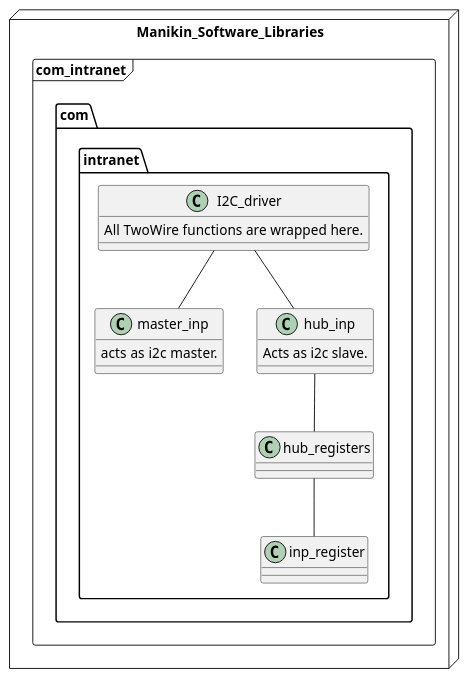
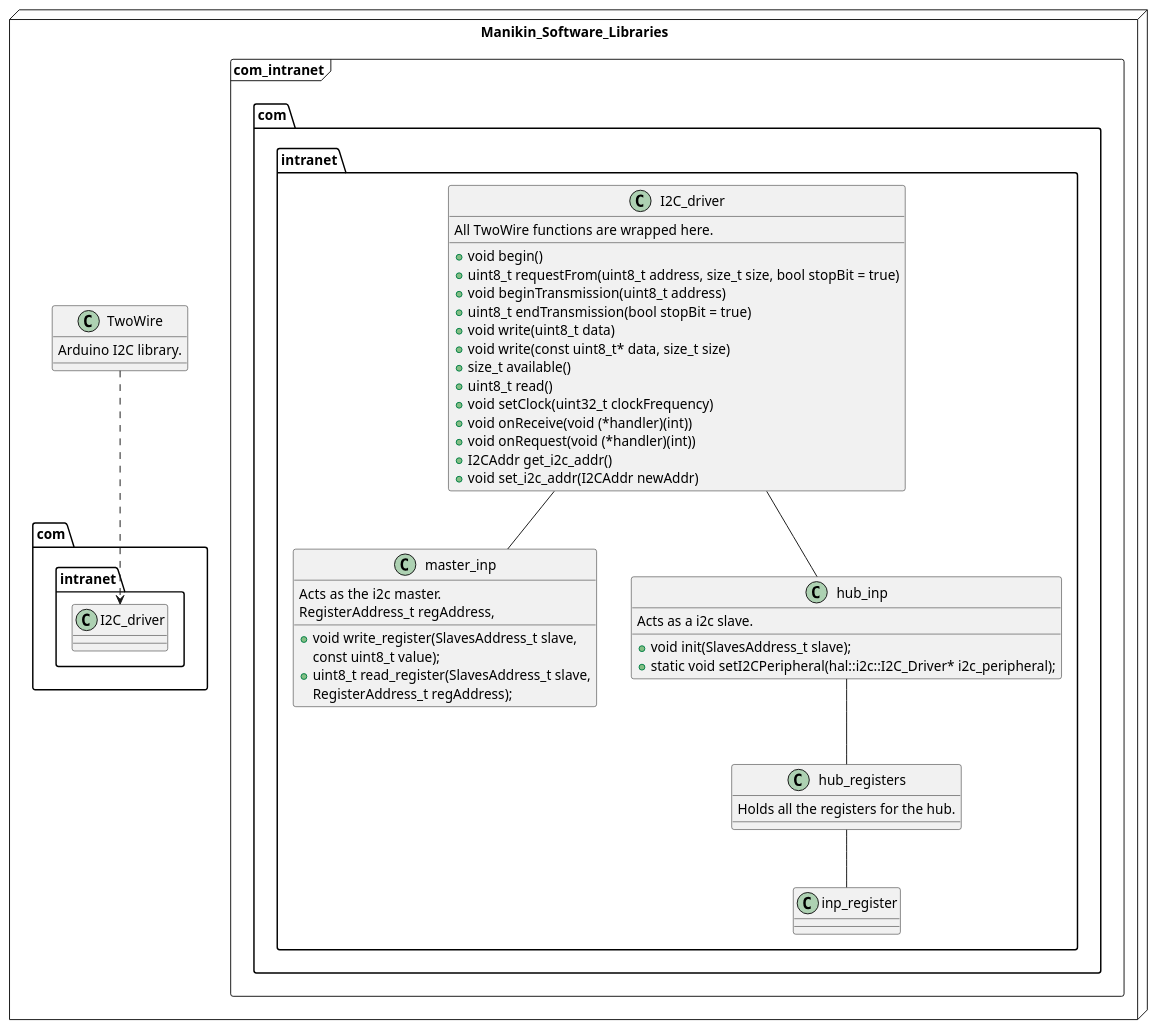
The diagram in modules/com_intranet/docs/INP_class_diagram.puml (RobotPatient/Manikin_Software_Libraries), drawn with PlantUML before and after one commit. The commit also changed 2 other files, not shown here.

Commit message:
-enh uml diagram added class' function details, renamed I2C_Driver to i2c_driver

```diff
--- a/modules/com_intranet/docs/INP_class_diagram.puml
+++ b/modules/com_intranet/docs/INP_class_diagram.puml
@@ -29,39 +29,59 @@
 @startuml INP_class_diagram_puml
 
 set separator ::
 
 package Manikin_Software_Libraries <<Node>> {
+    class TwoWire {
+        Arduino I2C library.
+    }
+
     package com_intranet <<frame>> {
         ' Package indicates the working directory.
         namespace com::intranet {
             class I2C_driver {
                 All TwoWire functions are wrapped here.
+                +void begin()
+                +uint8_t requestFrom(uint8_t address, size_t size, bool stopBit = true)
+                +void beginTransmission(uint8_t address)
+                +uint8_t endTransmission(bool stopBit = true)
+                +void write(uint8_t data)
+                +void write(const uint8_t* data, size_t size)
+                +size_t available()
+                +uint8_t read()
+                +void setClock(uint32_t clockFrequency)
+                +void onReceive(void (*handler)(int))
+                +void onRequest(void (*handler)(int))
+                +I2CAddr get_i2c_addr()
+                +void set_i2c_addr(I2CAddr newAddr)
             }
-
             class hub_registers {
-
+                Holds all the registers for the hub.
             }
 
             class inp_register {
-
             }
 
             class master_inp {
-                acts as i2c master.
+                Acts as the i2c master.
+                +void write_register(SlavesAddress_t slave, 
+                RegisterAddress_t regAddress,
+                const uint8_t value);
+                +uint8_t read_register(SlavesAddress_t slave, 
+                RegisterAddress_t regAddress);
             }
 
             class hub_inp {
-                Acts as i2c slave.
+                Acts as a i2c slave.
+                +void init(SlavesAddress_t slave);
+                +static void setI2CPeripheral(hal::i2c::I2C_Driver* i2c_peripheral);
             }
-
             I2C_driver -- master_inp
             I2C_driver -- hub_inp
             hub_inp -- hub_registers
             hub_registers -- inp_register
         }
     }
+    TwoWire -[dashed]-> com::intranet::I2C_driver
 }
 
-' Classes Relationships.
-
 @enduml
```
